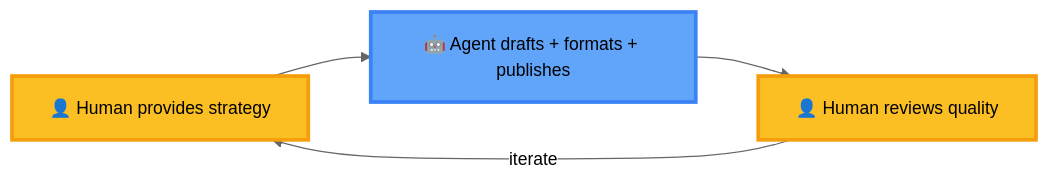
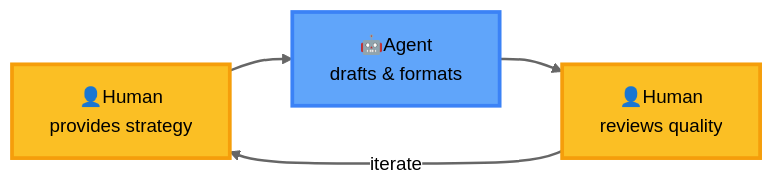
The second of 2 diagrams in modules/Documentation/MeshWeaver.Documentation/Blog/AgenticAI.md (Systemorph/MeshWeaver), drawn with Mermaid before and after one commit. The commit also changed other lines of this file and 5 other files, not shown here.

````diff
--- a/modules/Documentation/MeshWeaver.Documentation/Blog/AgenticAI.md
+++ b/modules/Documentation/MeshWeaver.Documentation/Blog/AgenticAI.md
@@ -87,11 +89,13 @@
 ```mermaid
-%%{init: {'theme':'neutral', 'themeVariables': {'fontSize':'14px'}}}%%
+%%{init: {'theme':'neutral', 'themeVariables': {'fontSize':'15px'}}}%%
 graph LR
-    A["👤 Human provides strategy"] --> B["🤖 Agent drafts + formats + publishes"]
-    B --> C["👤 Human reviews quality"]
+    A["👤Human<br/>provides strategy"] --> B["🤖Agent<br/>drafts & formats"]
+    B --> C["👤Human<br/>reviews quality"]
     C -->|"iterate"| A
 
     style A fill:#fbbf24,stroke:#f59e0b,stroke-width:3px
     style C fill:#fbbf24,stroke:#f59e0b,stroke-width:3px
     style B fill:#60a5fa,stroke:#3b82f6,stroke-width:3px
+
+    linkStyle 0,1,2 stroke-width:2px
 ```
````
